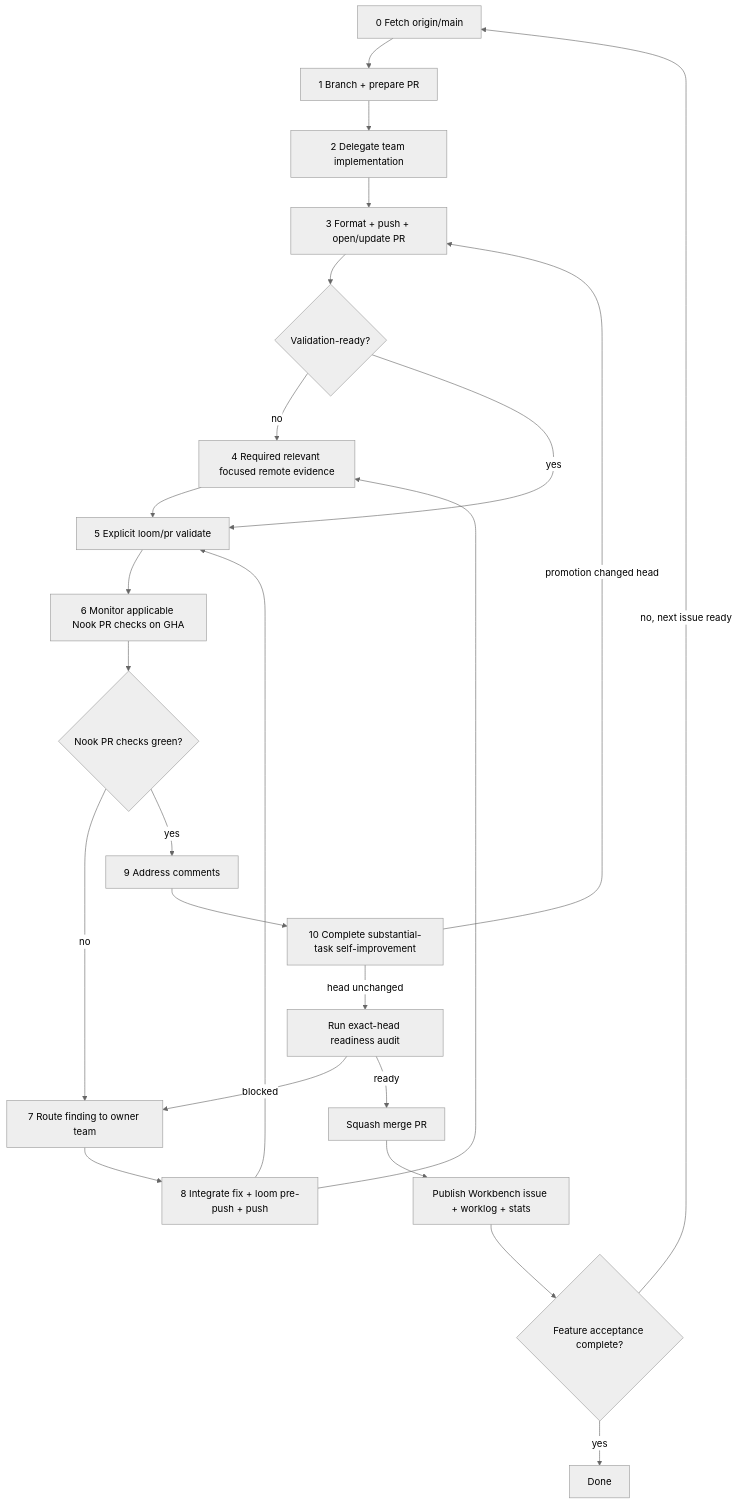
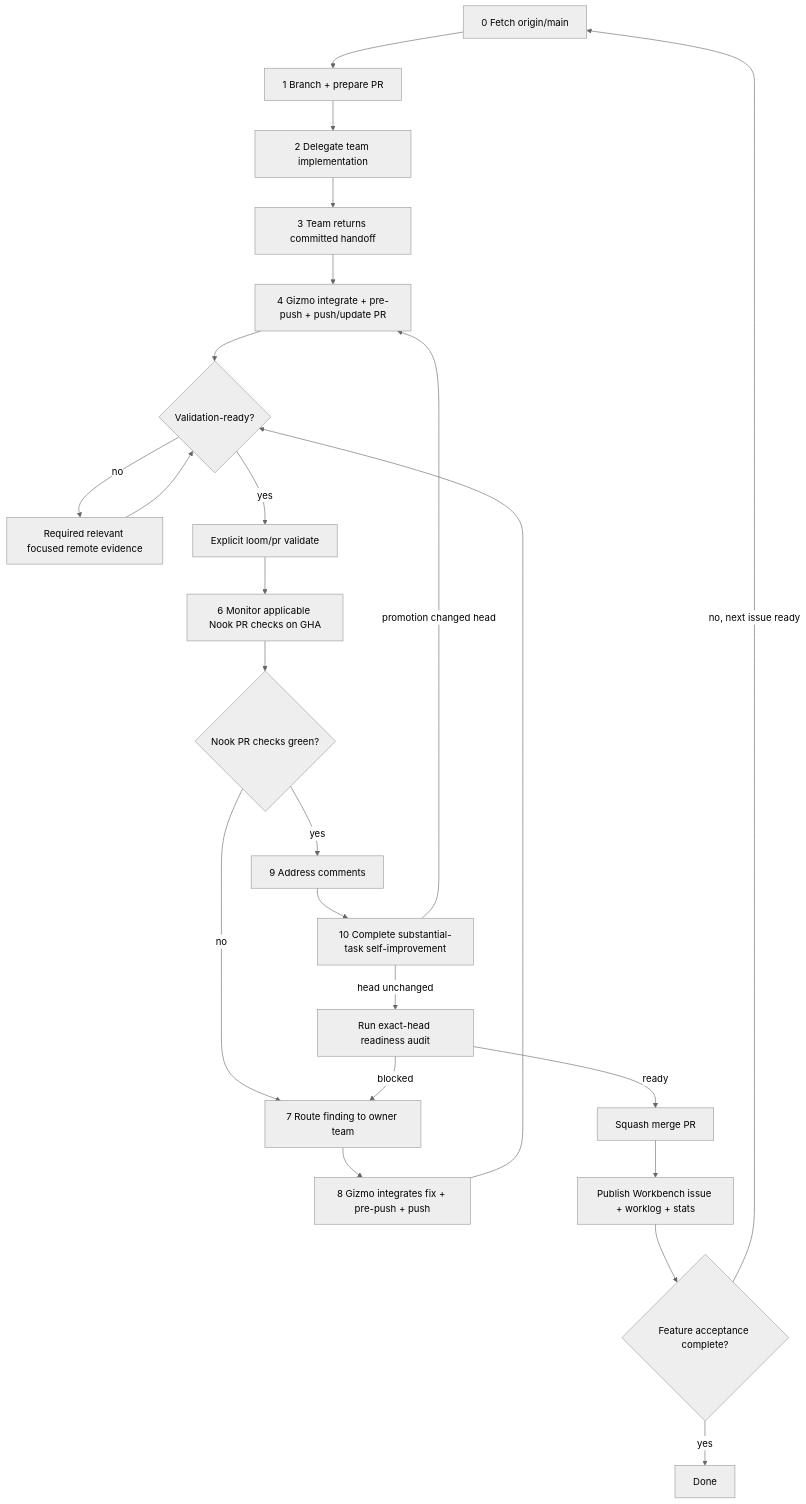
Before and after one commit to meta-secret/nook: the diagram in .cortex/gizmo/workflows/pull-requests.md, drawn with Mermaid (neutral theme). The commit also changed 5 other files, not shown here.

````diff
--- a/.cortex/gizmo/workflows/pull-requests.md
+++ b/.cortex/gizmo/workflows/pull-requests.md
@@ -336,26 +336,26 @@
 ```mermaid
 flowchart TD
   Z[0 Fetch origin/main] --> A[1 Branch + prepare PR]
   A --> I[2 Delegate team implementation]
-  I --> E[3 Format + push + open/update PR]
+  I --> CMT[3 Team returns committed handoff]
+  CMT --> E[4 Gizmo integrate + pre-push + push/update PR]
   E --> D{Validation-ready?}
-  D -->|no| X[4 Required relevant focused remote evidence]
-  D -->|yes| V[5 Explicit loom/pr validate]
-  X --> V
+  D -->|no| X[Required relevant focused remote evidence]
+  D -->|yes| V[Explicit loom/pr validate]
+  X --> D
   V --> F[6 Monitor applicable Nook PR checks on GHA]
   F --> G{Nook PR checks green?}
   G -->|no| H[7 Route finding to owner team]
-  H --> PUSH[8 Integrate fix + loom pre-push + push]
-  PUSH --> X
-  PUSH --> V
+  H --> PUSH[8 Gizmo integrates fix + pre-push + push]
+  PUSH --> D
   G -->|yes| C[9 Address comments]
   C --> SI[10 Complete substantial-task self-improvement]
   SI -->|promotion changed head| E
   SI -->|head unchanged| R[Run exact-head readiness audit]
   R -->|blocked| H
   R -->|ready| M[Squash merge PR]
   M --> S[Publish Workbench issue + worklog + stats]
   S --> J{Feature acceptance complete?}
   J -->|no, next issue ready| Z
   J -->|yes| K[Done]
 ```
````
